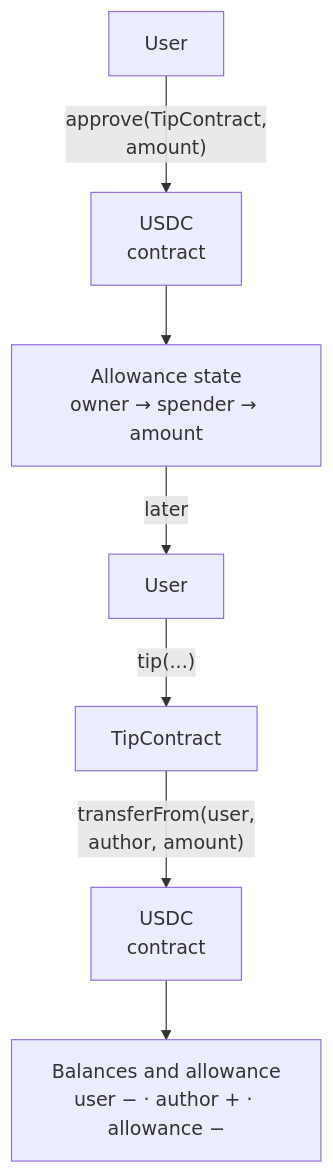
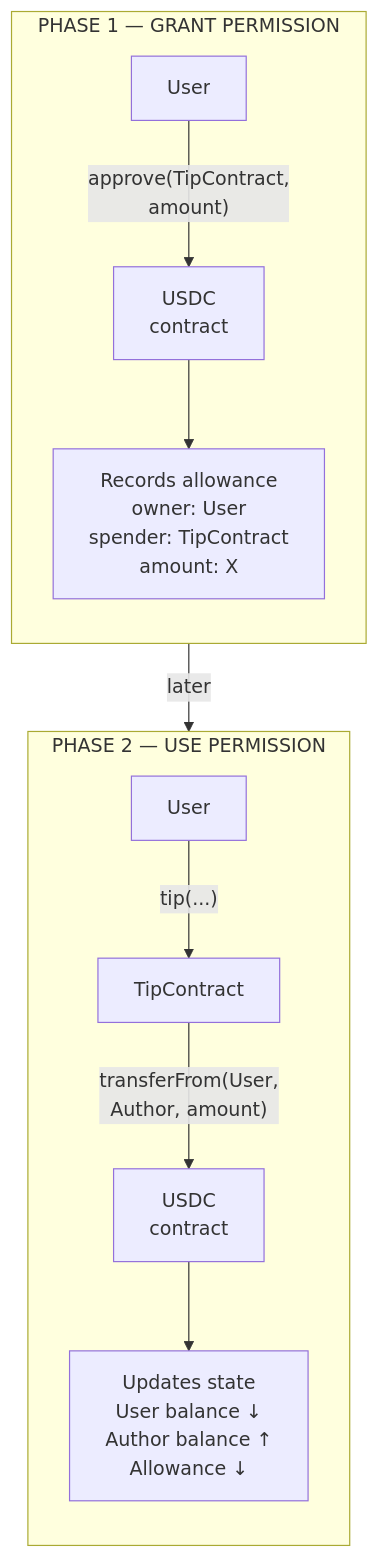
One commit to Blockchain-NTU-SG/academy-handbook changed the diagram in docs/tracks/builder/week-6/part-6-independent-builder-challenge.md. Above: the diagram before and after it, drawn with Mermaid. The commit also changed 2 other files, not shown here.

Commit message:
docs(builder): finish final precision cleanup

````diff
--- a/docs/tracks/builder/week-6/part-6-independent-builder-challenge.md
+++ b/docs/tracks/builder/week-6/part-6-independent-builder-challenge.md
@@ -125,11 +125,17 @@
 ```mermaid
 flowchart TD
   accTitle: ERC-20 approval and transfer flow
-  accDescr: The user first tells the USDC contract to record an allowance for the TipContract. Later, the user calls TipContract, which asks the USDC contract to move tokens; the USDC contract updates balances and reduces the allowance. The arrows show the sequence, not allowance or token transfers between the boxes.
-  U1["User"] -->|"approve(TipContract,<br/>amount)"| T1["USDC<br/>contract"]
-  T1 --> S1["Allowance state<br/>owner → spender → amount"]
-  S1 -->|"later"| U2["User"]
-  U2 -->|"tip(...)"| C2["TipContract"]
-  C2 -->|"transferFrom(user,<br/>author, amount)"| T2["USDC<br/>contract"]
-  T2 --> S2["Balances and allowance<br/>user − · author + · allowance −"]
+  accDescr: Two labeled phases show the user first granting permission to the USDC contract and later using that permission through TipContract. The USDC contract stores the allowance and performs the balance updates. The link between the phases shows time sequence, not allowance or token transfers between the boxes.
+  subgraph phase1["PHASE 1 — GRANT PERMISSION"]
+    direction TB
+    U1["User"] -->|"approve(TipContract,<br/>amount)"| T1["USDC<br/>contract"]
+    T1 --> S1["Records allowance<br/>owner: User<br/>spender: TipContract<br/>amount: X"]
+  end
+  subgraph phase2["PHASE 2 — USE PERMISSION"]
+    direction TB
+    U2["User"] -->|"tip(...)"| C2["TipContract"]
+    C2 -->|"transferFrom(User,<br/>Author, amount)"| T2["USDC<br/>contract"]
+    T2 --> S2["Updates state<br/>User balance ↓<br/>Author balance ↑<br/>Allowance ↓"]
+  end
+  phase1 -->|"later"| phase2
 ```
````
